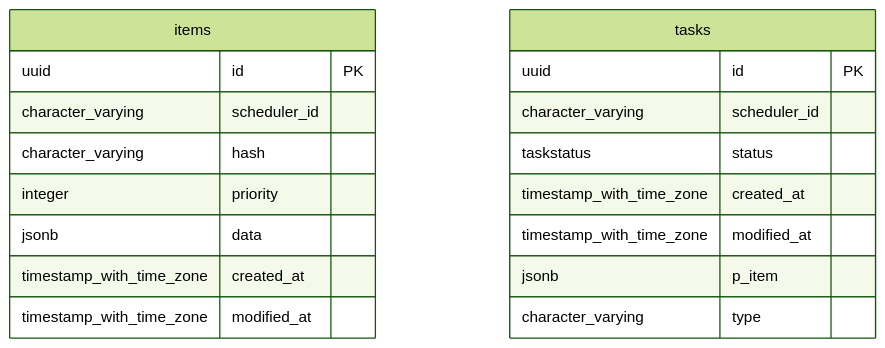
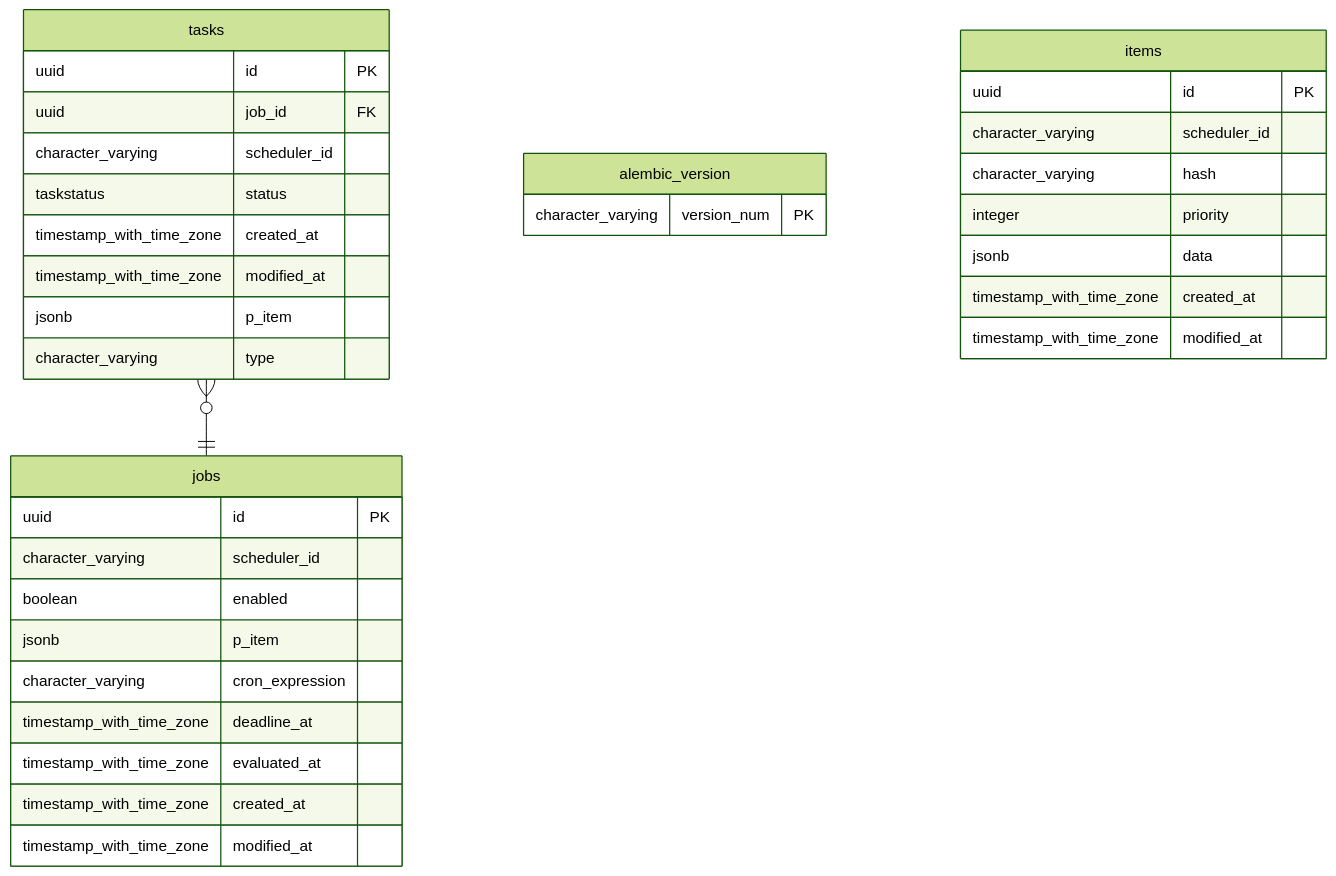
The second of 2 diagrams in mula/docs/architecture.md (minvws/nl-kat-coordination), drawn with Mermaid (forest theme) before and after one commit. The commit also changed other lines of this file, not shown here.

````diff
--- a/mula/docs/architecture.md
+++ b/mula/docs/architecture.md
@@ -496,22 +502,39 @@
 ```mermaid
 erDiagram
-    items {
-        uuid id PK
-        character_varying scheduler_id
-        character_varying hash
-        integer priority
-        jsonb data
-        timestamp_with_time_zone created_at
-        timestamp_with_time_zone modified_at
-    }
+jobs {
+    uuid id PK
+    character_varying scheduler_id
+    boolean enabled
+    jsonb p_item
+    character_varying cron_expression
+    timestamp_with_time_zone deadline_at
+    timestamp_with_time_zone evaluated_at
+    timestamp_with_time_zone created_at
+    timestamp_with_time_zone modified_at
+}
+tasks {
+    uuid id PK
+    uuid job_id FK
+    character_varying scheduler_id
+    taskstatus status
+    timestamp_with_time_zone created_at
+    timestamp_with_time_zone modified_at
+    jsonb p_item
+    character_varying type
+}
+alembic_version {
+    character_varying version_num PK
+}
+items {
+    uuid id PK
+    character_varying scheduler_id
+    character_varying hash
+    integer priority
+    jsonb data
+    timestamp_with_time_zone created_at
+    timestamp_with_time_zone modified_at
+}
 
-    tasks {
-        uuid id PK
-        character_varying scheduler_id
-        taskstatus status
-        timestamp_with_time_zone created_at
-        timestamp_with_time_zone modified_at
-        jsonb p_item
-        character_varying type
-    }
+
+tasks }o--|| jobs: ""
 ```
````
